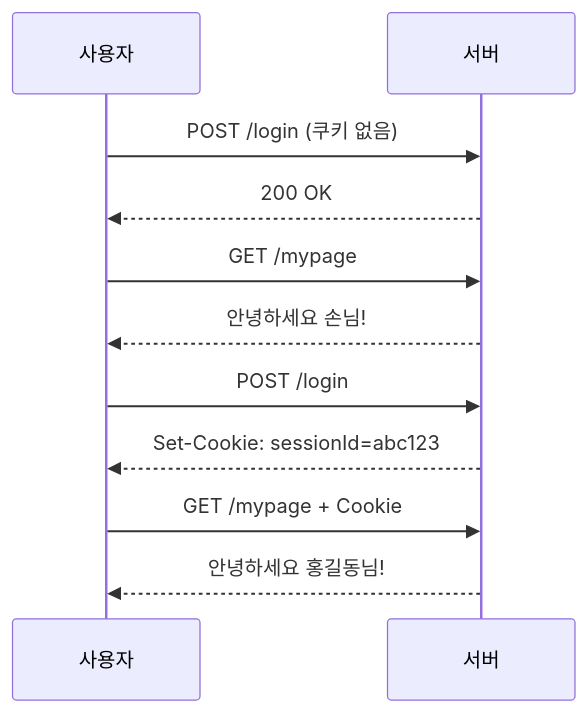
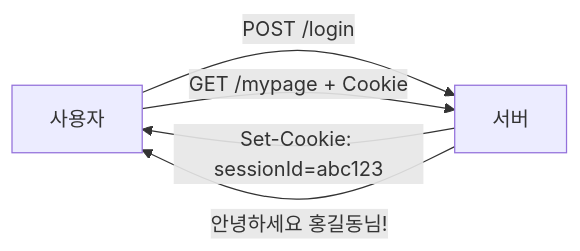
The third of 4 diagrams in _posts/http/2021-01-24-http-6.md (yjkim2015/yjkim2015.github.io), drawn with Mermaid before and after one commit. The commit also changed other lines of this file and 50 other files, not shown here.

First line of the commit message:
stateDiagram 11개 graph LR 변환 + 테이블 빈 셀 17개 수정

````diff
--- a/_posts/http/2021-01-24-http-6.md
+++ b/_posts/http/2021-01-24-http-6.md
@@ -197,13 +192,7 @@
 ```mermaid
-sequenceDiagram
-    participant U as 사용자
-    participant S as 서버
-    U->>S: POST /login (쿠키 없음)
-    S-->>U: 200 OK
-    U->>S: GET /mypage
-    S-->>U: 안녕하세요 손님!
-    U->>S: POST /login
-    S-->>U: Set-Cookie: sessionId=abc123
-    U->>S: GET /mypage + Cookie
-    S-->>U: 안녕하세요 홍길동님!
+graph LR
+    U["사용자"] -->|"POST /login"| S["서버"]
+    S -->|"Set-Cookie: sessionId=abc123"| U
+    U -->|"GET /mypage + Cookie"| S
+    S -->|"안녕하세요 홍길동님!"| U
 ```
````
